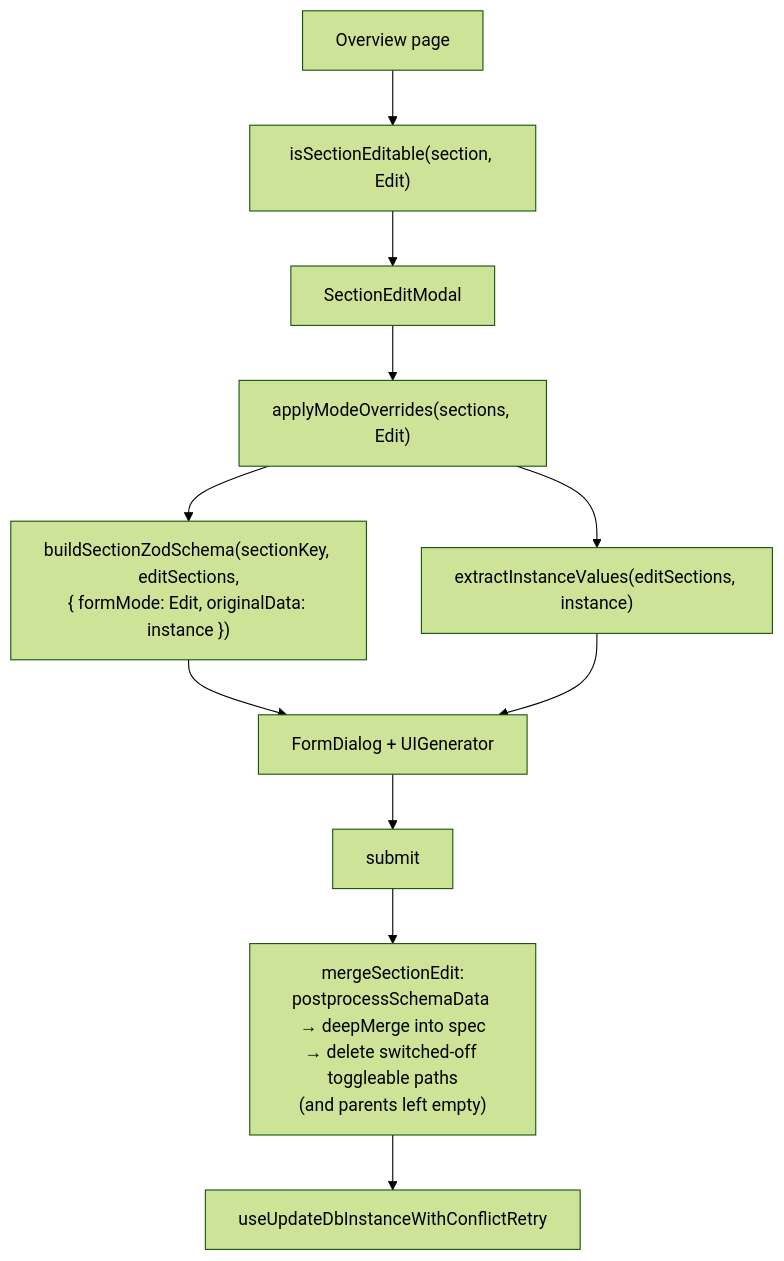
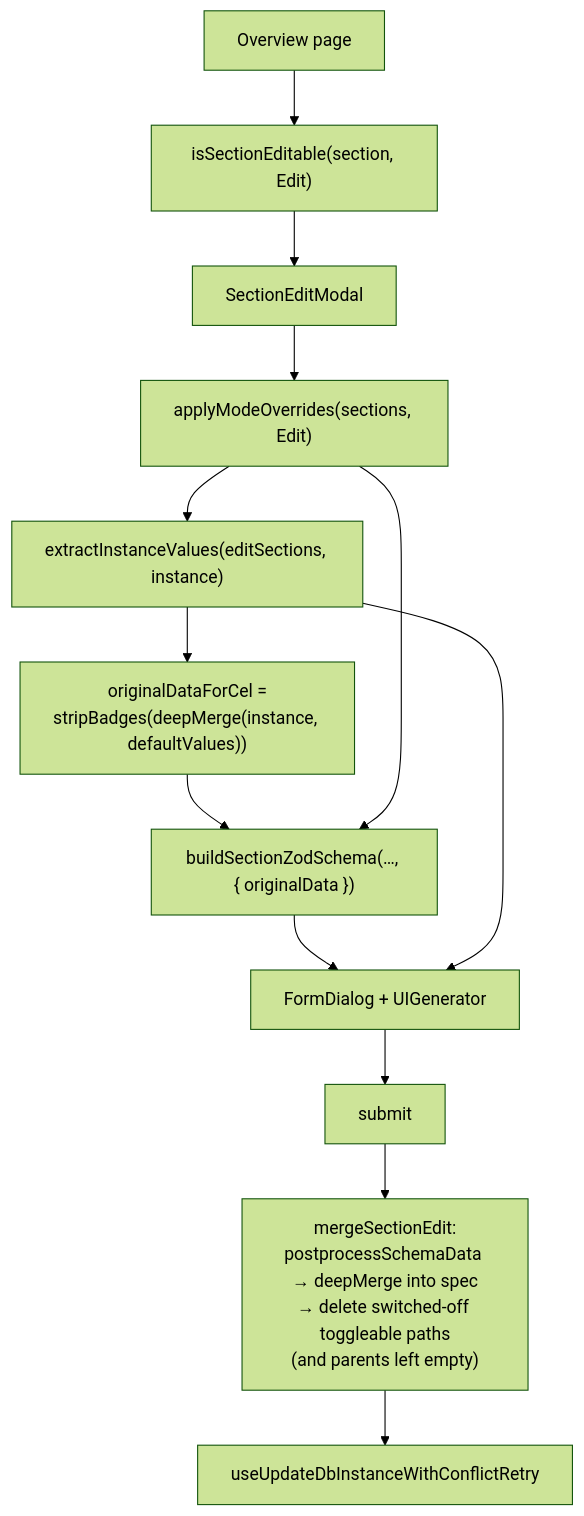
One commit to openeverest/openeverest changed the third of 3 diagrams in docs/ui/architecture/ui-generator/pipeline.md. Above: the diagram before and after it, drawn with Mermaid (forest theme). The commit also changed other lines of this file and 4 other files, not shown here.

````diff
--- a/docs/ui/architecture/ui-generator/pipeline.md
+++ b/docs/ui/architecture/ui-generator/pipeline.md
@@ -199,13 +205,15 @@
 ```mermaid
 flowchart TD
   OVERVIEW["Overview page"] --> EDITABLE["isSectionEditable(section, Edit)"]
   EDITABLE --> MODAL["SectionEditModal"]
   MODAL --> MODE["applyModeOverrides(sections, Edit)"]
-  MODE --> ZOD_EDIT["buildSectionZodSchema(sectionKey, editSections,<br/>{ formMode: Edit, originalData: instance })"]
   MODE --> VALUES["extractInstanceValues(editSections, instance)"]
+  VALUES --> ORIGINAL["originalDataForCel =<br/>stripBadges(deepMerge(instance, defaultValues))"]
+  ORIGINAL --> ZOD_EDIT["buildSectionZodSchema(…, { originalData })"]
+  MODE --> ZOD_EDIT
   ZOD_EDIT --> FORM["FormDialog + UIGenerator"]
   VALUES --> FORM
   FORM --> SUBMIT["submit"]
   SUBMIT --> MERGE["mergeSectionEdit:<br/>postprocessSchemaData → deepMerge into spec<br/>→ delete switched-off toggleable paths<br/>(and parents left empty)"]
   MERGE --> UPDATE["useUpdateDbInstanceWithConflictRetry"]
 ```
````
